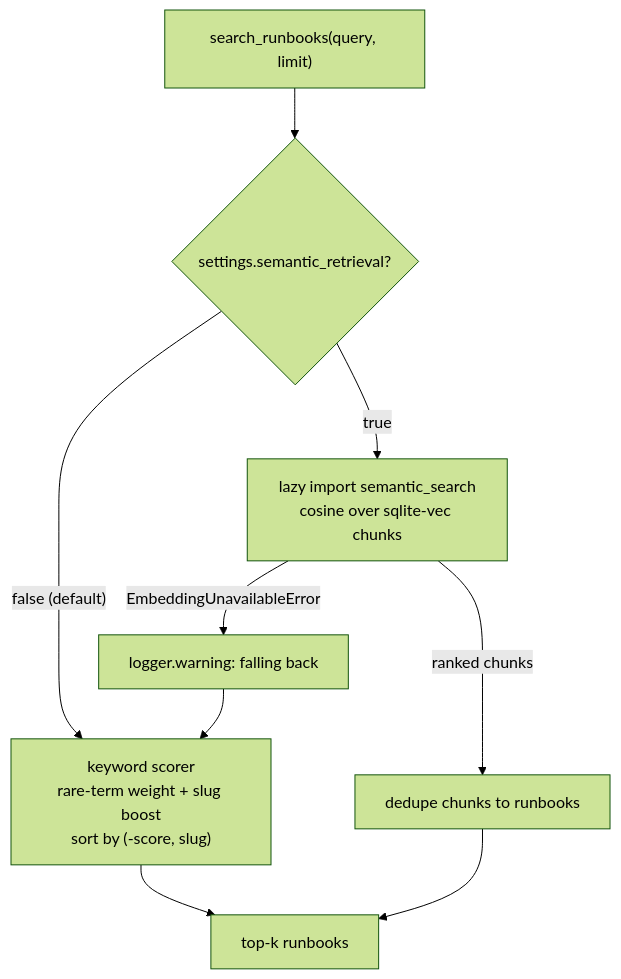
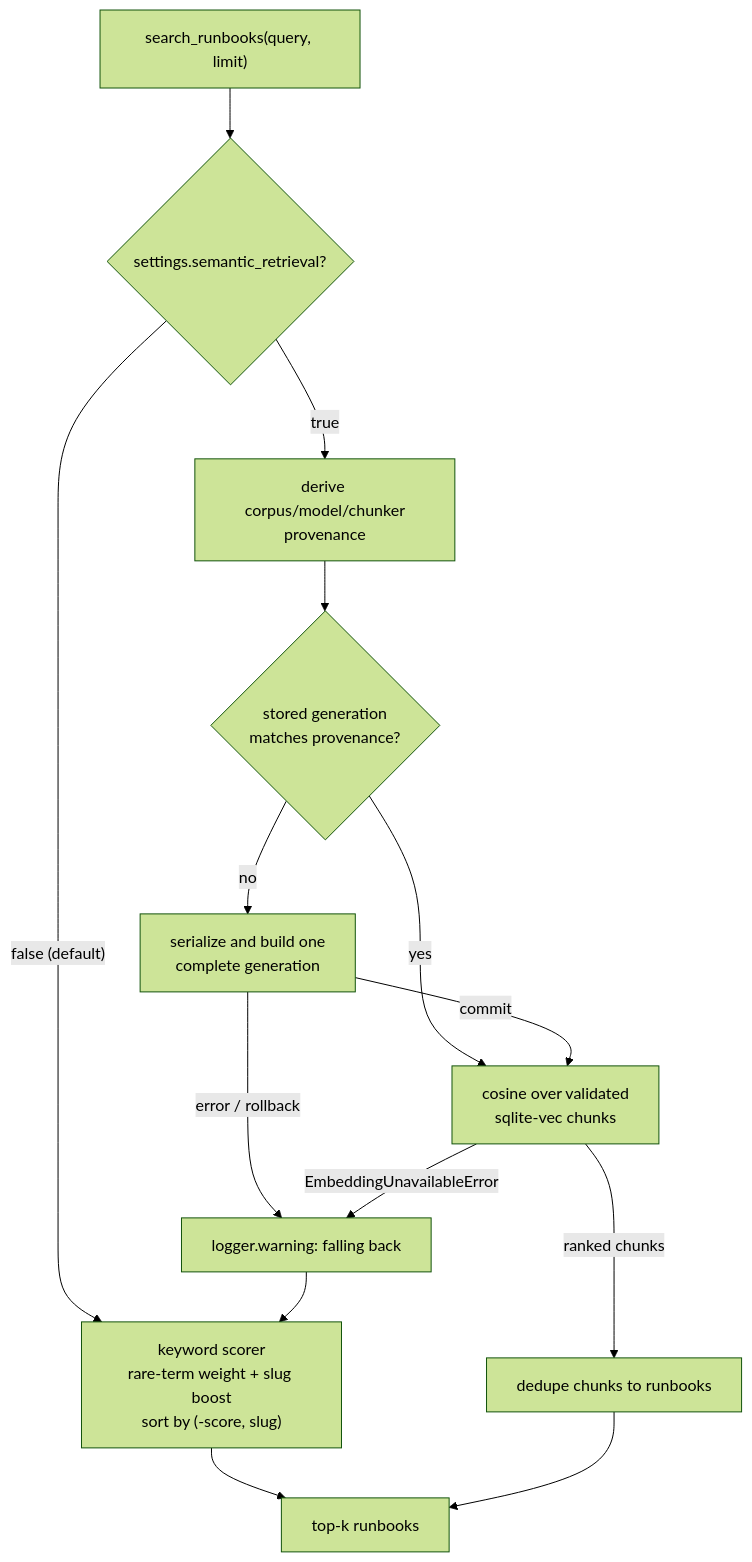
Before and after one commit to LuiGGi629/agentops-open-course: the first of 2 diagrams in docs/3. Capabilities/3.4. Memory.md, drawn with Mermaid (forest theme). The commit also changed other lines of this file and 160 other files, not shown here.

````diff
--- a/docs/3. Capabilities/3.4. Memory.md
+++ b/docs/3. Capabilities/3.4. Memory.md
@@ -181,11 +199,16 @@
 ```mermaid
 flowchart TB
     Q["search_runbooks(query, limit)"] --> C{"settings.semantic_retrieval?"}
     C -->|"false (default)"| K["keyword scorer<br/>rare-term weight + slug boost<br/>sort by (-score, slug)"]
-    C -->|"true"| L["lazy import semantic_search<br/>cosine over sqlite-vec chunks"]
+    C -->|"true"| P["derive corpus/model/chunker<br/>provenance"]
+    P --> V{"stored generation<br/>matches provenance?"}
+    V -->|no| B["serialize and build one<br/>complete generation"]
+    V -->|yes| L["cosine over validated<br/>sqlite-vec chunks"]
+    B -->|commit| L
+    B -->|"error / rollback"| W
     L -->|"EmbeddingUnavailableError"| W["logger.warning: falling back"]
     W --> K
     L -->|"ranked chunks"| D["dedupe chunks to runbooks"]
     K --> O["top-k runbooks"]
     D --> O
 ```
````
